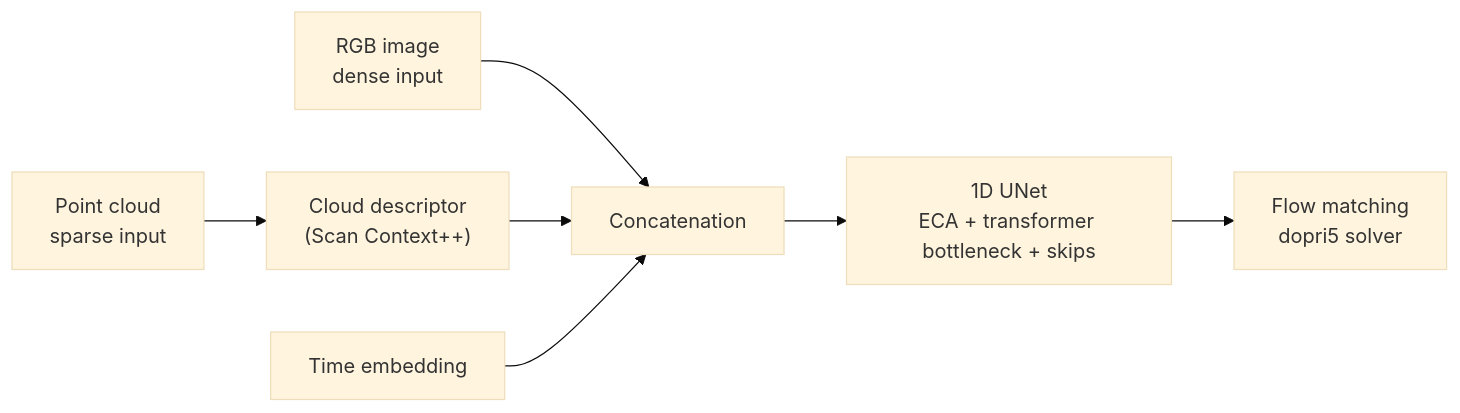
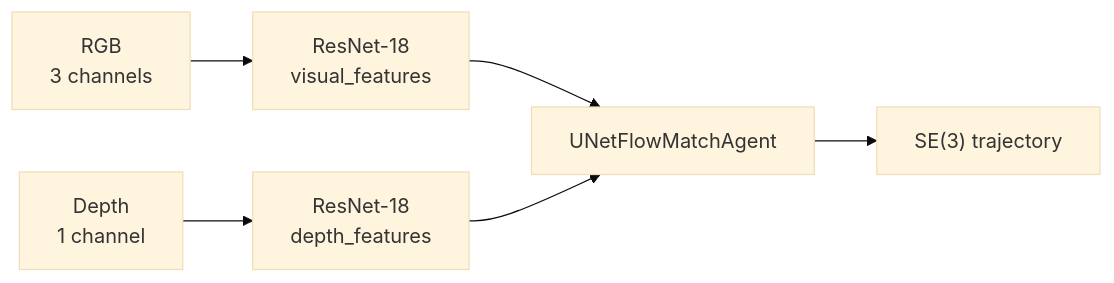
One commit to ricardo-ochoa/anySLAM changed the diagram in docs/05-software/vision.en.mdx. Above: the diagram before and after it, drawn with Mermaid (base theme). The commit also changed other lines of this file and 18 other files, not shown here.

First line of the commit message:
Añade FLOWMAS-ANYmal y anymal-slam al catálogo

````diff
--- a/docs/05-software/vision.en.mdx
+++ b/docs/05-software/vision.en.mdx
@@ -23,9 +31,8 @@
 ```mermaid
 graph LR
-  RGB["RGB image<br/>dense input"] --> CAT["Concatenation"]
-  PC["Point cloud<br/>sparse input"] --> DESC["Cloud descriptor<br/>(Scan Context++)"]
-  DESC --> CAT
-  TIME["Time embedding"] --> CAT
-  CAT --> UNET["1D UNet<br/>ECA + transformer bottleneck + skips"]
-  UNET --> FM["Flow matching<br/>dopri5 solver"]
+  RGB["RGB<br/>3 channels"] --> ER["ResNet-18<br/>visual_features"]
+  D["Depth<br/>1 channel"] --> ED["ResNet-18<br/>depth_features"]
+  ER --> M["UNetFlowMatchAgent"]
+  ED --> M
+  M --> T["SE(3) trajectory"]
 ```
````
